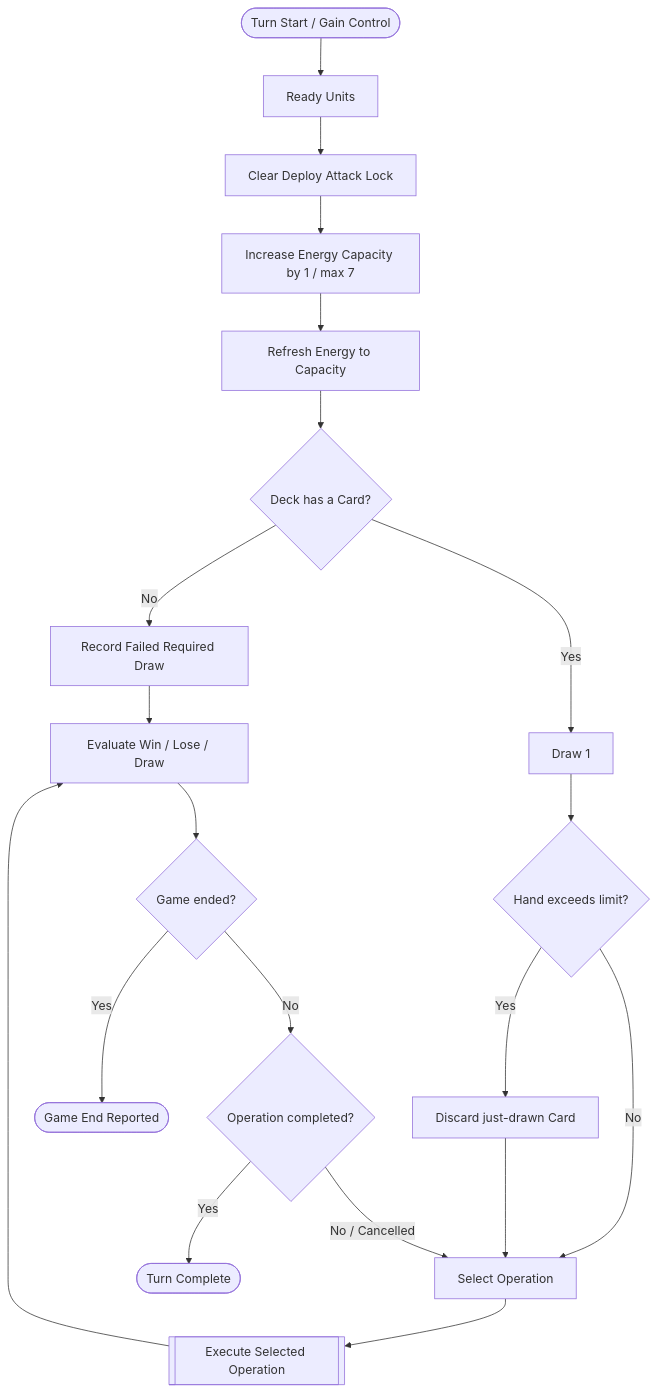
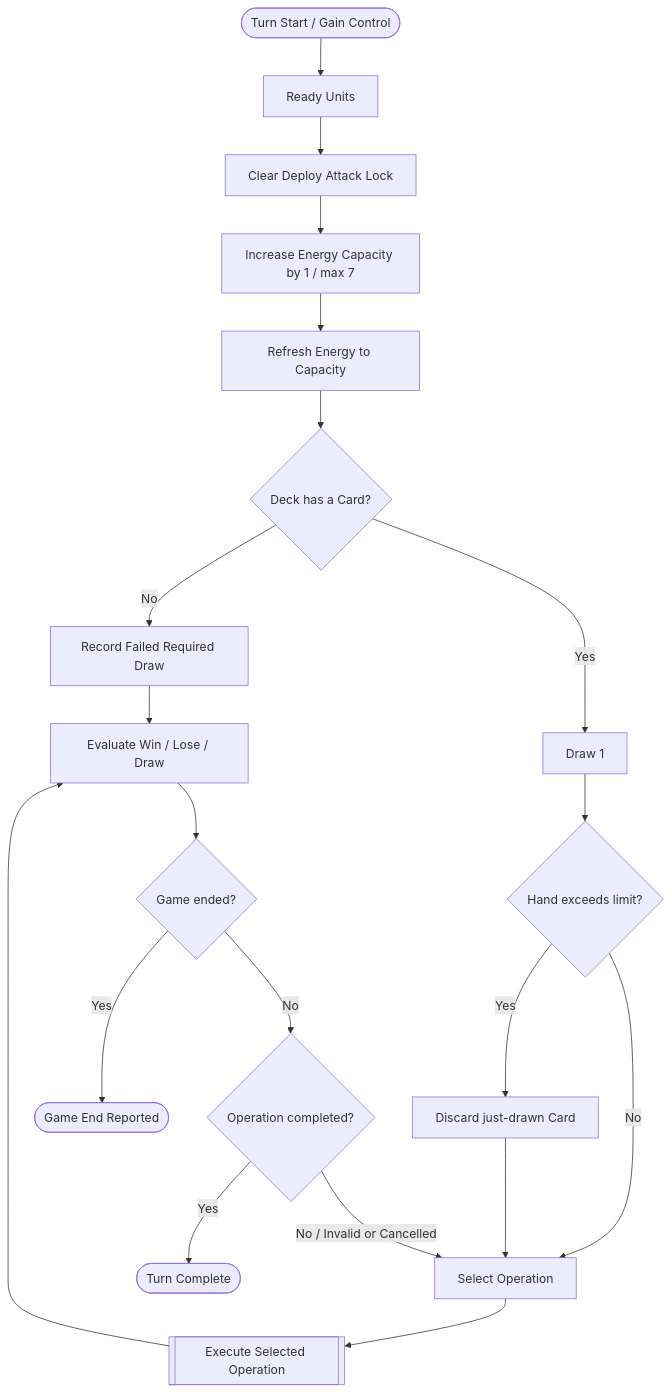
Before and after one commit to kjun1/card-game: the diagram in docs/process/turn-flow.md, drawn with Mermaid. The commit also changed other lines of this file and 27 other files, not shown here.

```diff
--- a/docs/process/turn-flow.md
+++ b/docs/process/turn-flow.md
@@ -19,22 +19,22 @@
 ~~~mermaid
 flowchart TD
     S([Turn Start / Gain Control]) --> R[Ready Units]
     R --> L[Clear Deploy Attack Lock]
     L --> U[Increase Energy Capacity by 1 / max 7]
     U --> E[Refresh Energy to Capacity]
     E --> Q{Deck has a Card?}
     Q -- No --> X[Record Failed Required Draw]
     X --> V[Evaluate Win / Lose / Draw]
     Q -- Yes --> D[Draw 1]
     D --> H{Hand exceeds limit?}
     H -- Yes --> HD[Discard just-drawn Card]
     H -- No --> O[Select Operation]
     HD --> O
     O --> P[[Execute Selected Operation]]
     P --> V
     V --> G{Game ended?}
     G -- Yes --> GE([Game End Reported])
     G -- No --> F{Operation completed?}
-    F -- No / Cancelled --> O
+    F -- No / Invalid or Cancelled --> O
     F -- Yes --> T([Turn Complete])
 ~~~
```
